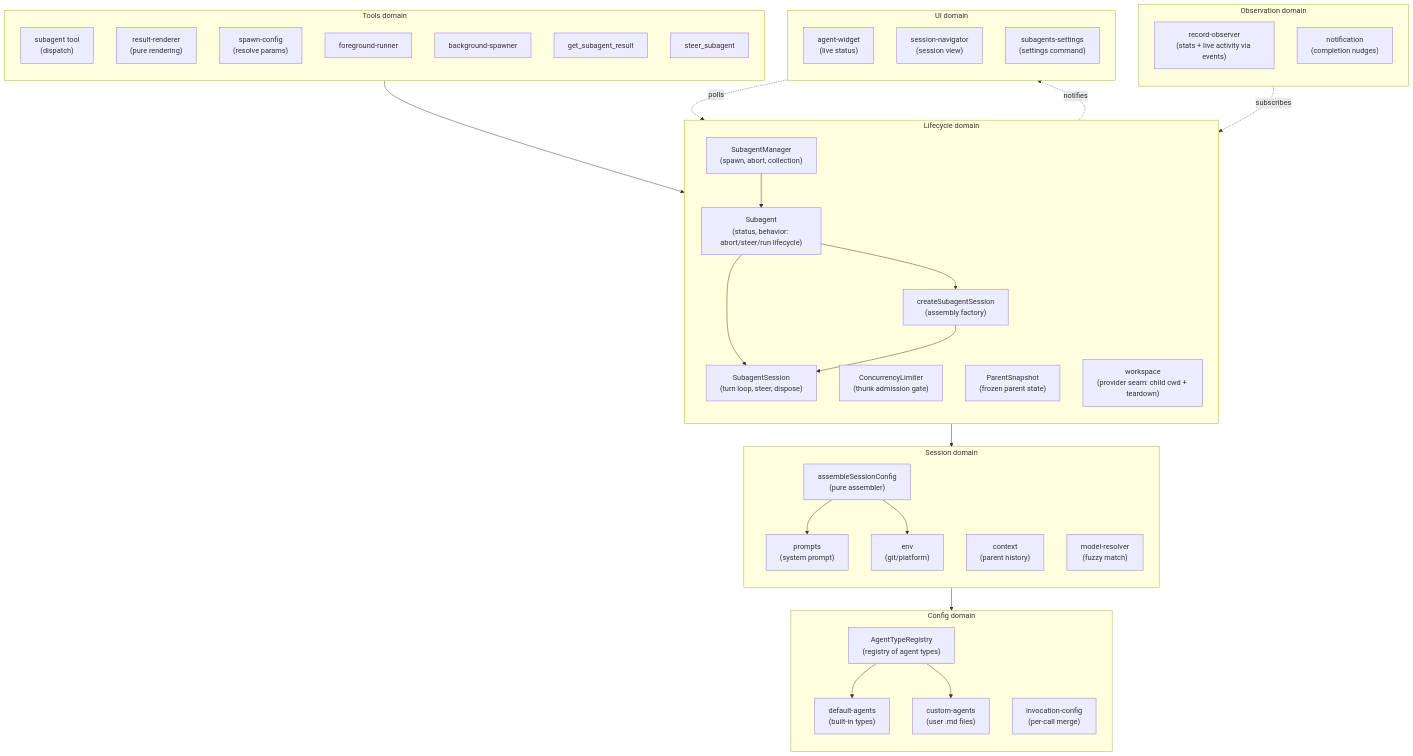
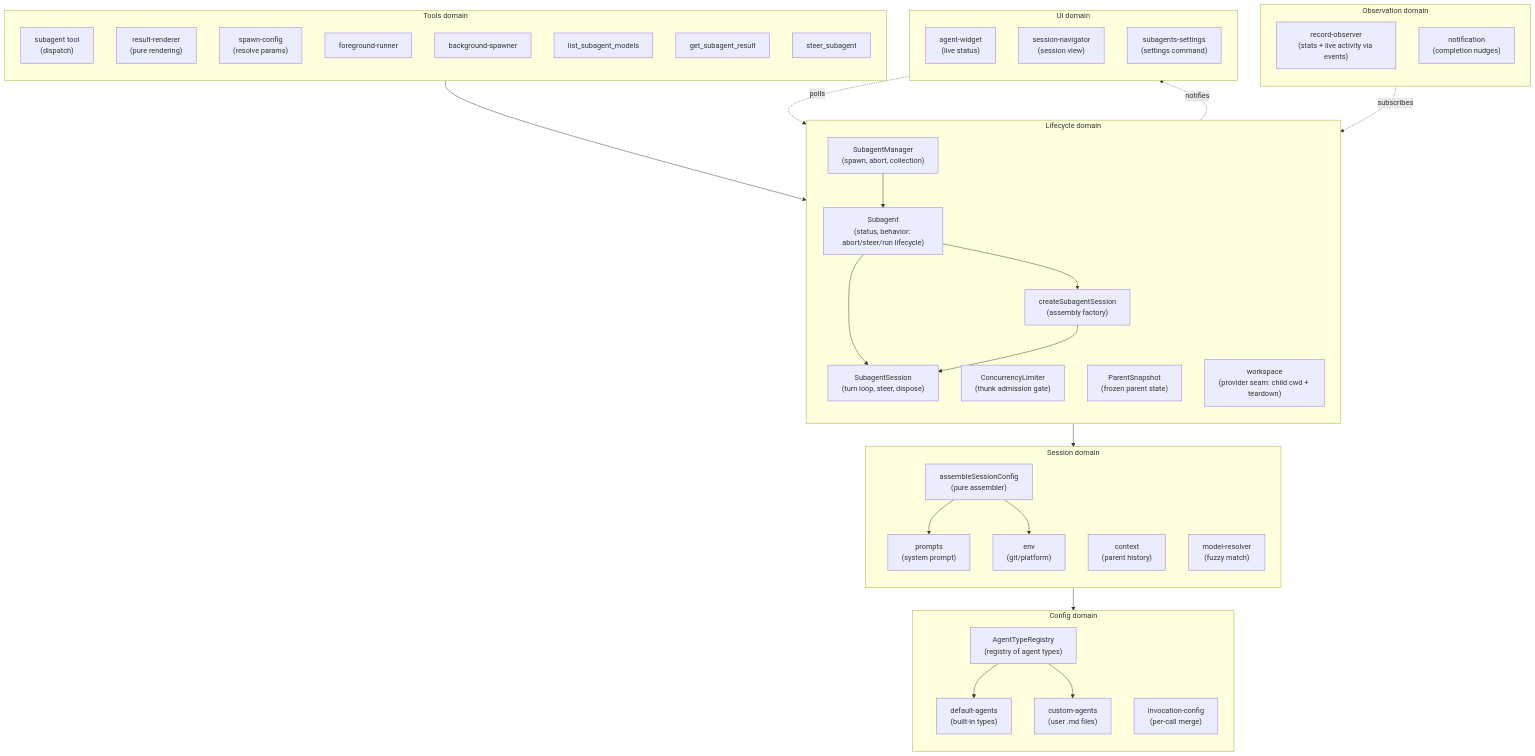
The first of 6 diagrams in docs/architecture/architecture.md (bstncartwright/pi-bstn-subagents), drawn with Mermaid before and after one commit. The commit also changed other lines of this file and 29 other files, not shown here.

Commit message:
feat: improve subagent results and model discovery

````diff
--- a/docs/architecture/architecture.md
+++ b/docs/architecture/architecture.md
@@ -40,66 +40,67 @@
 ```mermaid
 flowchart TB
     subgraph config["Config domain"]
         direction TB
         AgentTypeRegistry["AgentTypeRegistry<br/>(registry of agent types)"]
         DefaultAgents["default-agents<br/>(built-in types)"]
         CustomAgents["custom-agents<br/>(user .md files)"]
         InvocationConfig["invocation-config<br/>(per-call merge)"]
     end
 
     subgraph session["Session domain"]
         direction TB
         SessionConfig["assembleSessionConfig<br/>(pure assembler)"]
         Prompts["prompts<br/>(system prompt)"]
         Context["context<br/>(parent history)"]
         Env["env<br/>(git/platform)"]
         ModelResolver["model-resolver<br/>(fuzzy match)"]
     end
 
     subgraph lifecycle["Lifecycle domain"]
         direction TB
         SubagentManager["SubagentManager<br/>(spawn, abort, collection)"]
         ConcurrencyLimiter["ConcurrencyLimiter<br/>(thunk admission gate)"]
         CreateSubagentSession["createSubagentSession<br/>(assembly factory)"]
         SubagentSession["SubagentSession<br/>(turn loop, steer, dispose)"]
         Subagent["Subagent<br/>(status, behavior: abort/steer/run lifecycle)"]
         ParentSnapshot["ParentSnapshot<br/>(frozen parent state)"]
         Workspace["workspace<br/>(provider seam: child cwd + teardown)"]
     end
 
     subgraph observation["Observation domain"]
         direction TB
         RecordObserver["record-observer<br/>(stats + live activity via events)"]
         Notification["notification<br/>(completion nudges)"]
     end
 
     subgraph tools["Tools domain"]
         direction TB
         AgentTool["subagent tool<br/>(dispatch)"]
         ResultRenderer["result-renderer<br/>(pure rendering)"]
         SpawnConfig["spawn-config<br/>(resolve params)"]
         FgRunner["foreground-runner"]
         BgSpawner["background-spawner"]
+        ModelDiscovery["list_subagent_models"]
         GetResult["get_subagent_result"]
         Steer["steer_subagent"]
     end
 
     subgraph ui["UI domain"]
         direction TB
         Widget["agent-widget<br/>(live status)"]
         Sessions["session-navigator<br/>(session view)"]
         Settings["subagents-settings<br/>(settings command)"]
     end
 
     AgentTool --> SubagentManager
     SubagentManager --> Subagent
     Subagent --> CreateSubagentSession & SubagentSession
     CreateSubagentSession --> SubagentSession
     CreateSubagentSession --> SessionConfig
     SessionConfig --> AgentTypeRegistry
     SessionConfig --> Prompts & Env
     AgentTypeRegistry --> DefaultAgents & CustomAgents
     RecordObserver -.->|subscribes| SubagentSession
     Widget -.->|polls| SubagentManager
     SubagentManager -.->|notifies| Widget
 ```
````
